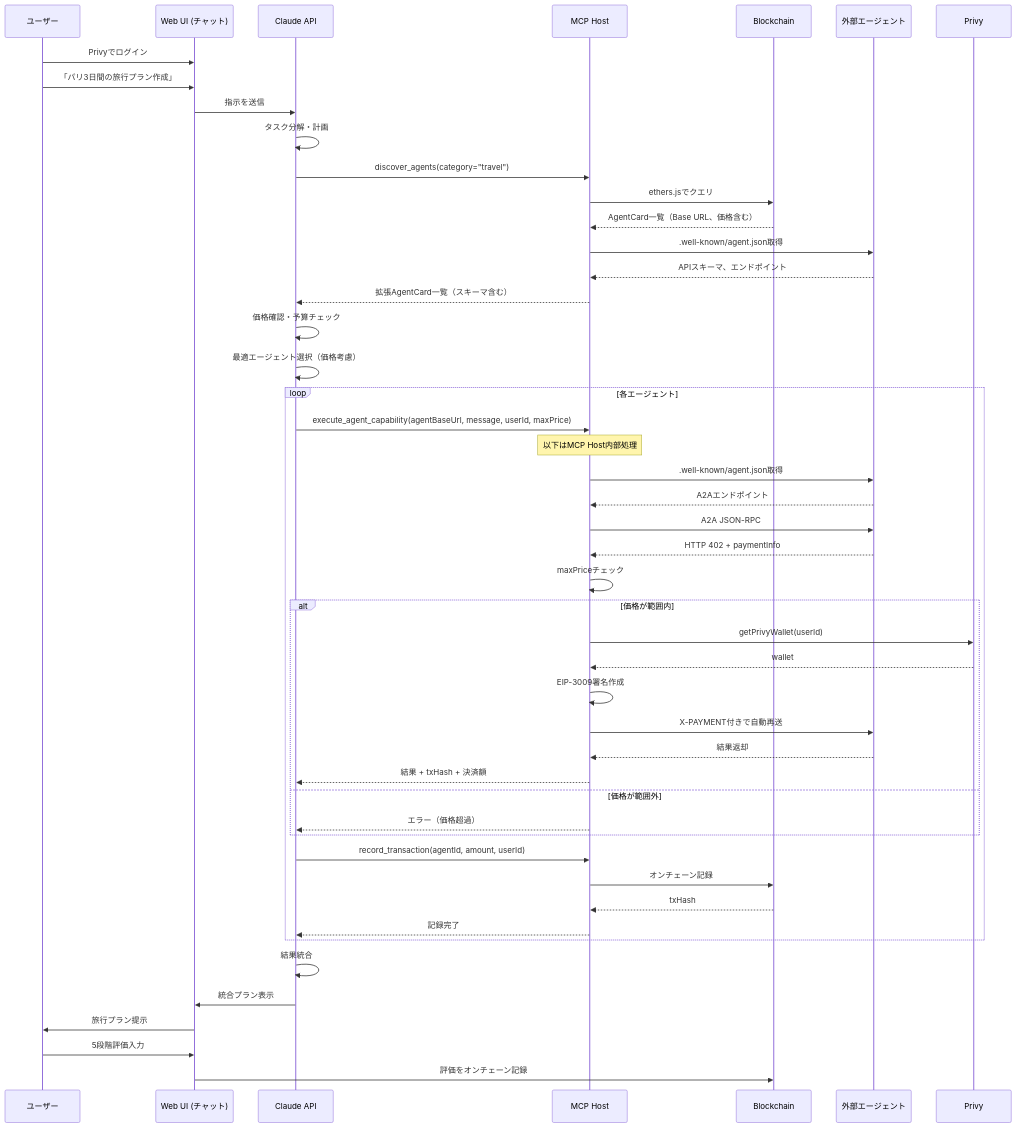
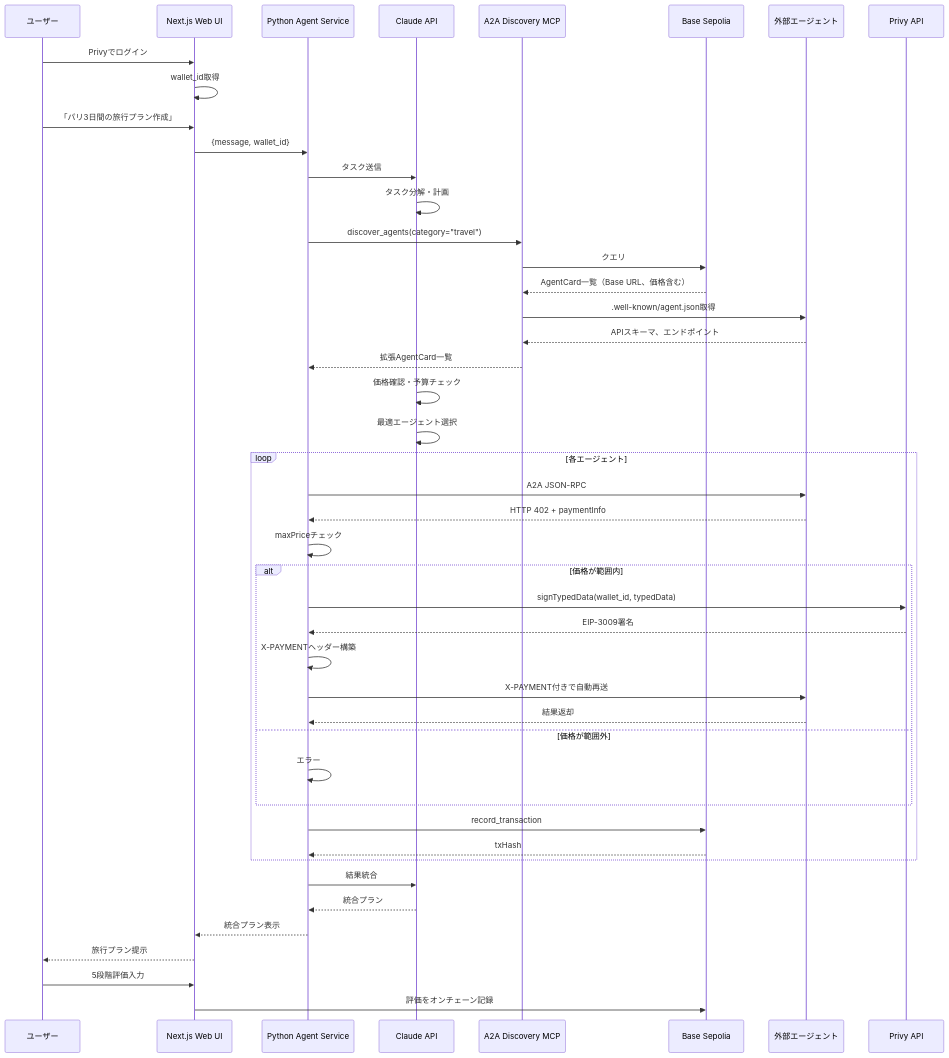
The second of 3 diagrams in spec/要件定義.md (toryoto/UniAgent), drawn with Mermaid before and after one commit. The commit also changed other lines of this file and 2 other files, not shown here.

````diff
--- a/spec/要件定義.md
+++ b/spec/要件定義.md
@@ -218,60 +290,56 @@
 ```mermaid
 sequenceDiagram
     participant U as ユーザー
-    participant UI as Web UI (チャット)
-    participant C as Claude API
-    participant MCP as MCP Host
-    participant BC as Blockchain
+    participant UI as Next.js Web UI
+    participant Agent as Python Agent Service
+    participant Claude as Claude API
+    participant MCP as A2A Discovery MCP
+    participant BC as Base Sepolia
     participant EA as 外部エージェント
-    participant P as Privy
+    participant Privy as Privy API
 
     U->>UI: Privyでログイン
+    UI->>UI: wallet_id取得
     U->>UI: 「パリ3日間の旅行プラン作成」
-    UI->>C: 指示を送信
+    UI->>Agent: {message, wallet_id}
 
-    C->>C: タスク分解・計画
+    Agent->>Claude: タスク送信
+    Claude->>Claude: タスク分解・計画
 
-    C->>MCP: discover_agents(category="travel")
-    MCP->>BC: ethers.jsでクエリ
+    Agent->>MCP: discover_agents(category="travel")
+    MCP->>BC: クエリ
     BC-->>MCP: AgentCard一覧（Base URL、価格含む）
     MCP->>EA: .well-known/agent.json取得
     EA-->>MCP: APIスキーマ、エンドポイント
-    MCP-->>C: 拡張AgentCard一覧（スキーマ含む）
+    MCP-->>Agent: 拡張AgentCard一覧
 
-    C->>C: 価格確認・予算チェック
-    C->>C: 最適エージェント選択（価格考慮）
+    Claude->>Claude: 価格確認・予算チェック
+    Claude->>Claude: 最適エージェント選択
 
     loop 各エージェント
-        C->>MCP: execute_agent_capability(agentBaseUrl, message, userId, maxPrice)
-
-        Note over MCP: 以下はMCP Host内部処理
-        MCP->>EA: .well-known/agent.json取得
-        EA-->>MCP: A2Aエンドポイント
-        MCP->>EA: A2A JSON-RPC
-        EA-->>MCP: HTTP 402 + paymentInfo
-        MCP->>MCP: maxPriceチェック
+        Agent->>EA: A2A JSON-RPC
+        EA-->>Agent: HTTP 402 + paymentInfo
+        Agent->>Agent: maxPriceチェック
 
         alt 価格が範囲内
-            MCP->>P: getPrivyWallet(userId)
-            P-->>MCP: wallet
-            MCP->>MCP: EIP-3009署名作成
-            MCP->>EA: X-PAYMENT付きで自動再送
-            EA-->>MCP: 結果返却
-            MCP-->>C: 結果 + txHash + 決済額
+            Agent->>Privy: signTypedData(wallet_id, typedData)
+            Privy-->>Agent: EIP-3009署名
+            Agent->>Agent: X-PAYMENTヘッダー構築
+            Agent->>EA: X-PAYMENT付きで自動再送
+            EA-->>Agent: 結果返却
         else 価格が範囲外
-            MCP-->>C: エラー（価格超過）
+            Agent->>Agent: エラー
         end
 
-        C->>MCP: record_transaction(agentId, amount, userId)
-        MCP->>BC: オンチェーン記録
-        BC-->>MCP: txHash
-        MCP-->>C: 記録完了
+        Agent->>BC: record_transaction
+        BC-->>Agent: txHash
     end
 
-    C->>C: 結果統合
-    C->>UI: 統合プラン表示
-    UI->>U: 旅行プラン提示
+    Agent->>Claude: 結果統合
+    Claude-->>Agent: 統合プラン
+    Agent-->>UI: 統合プラン表示
+    UI-->>U: 旅行プラン提示
 
     U->>UI: 5段階評価入力
     UI->>BC: 評価をオンチェーン記録
 ```
````
